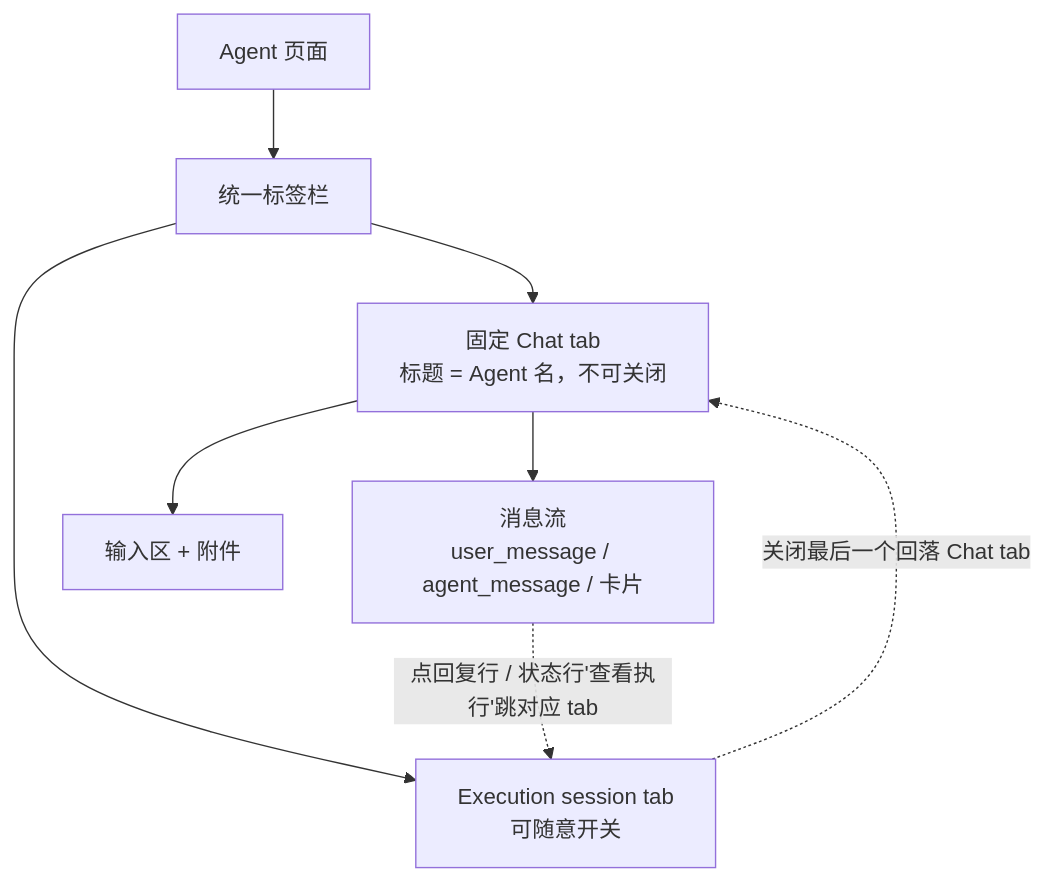
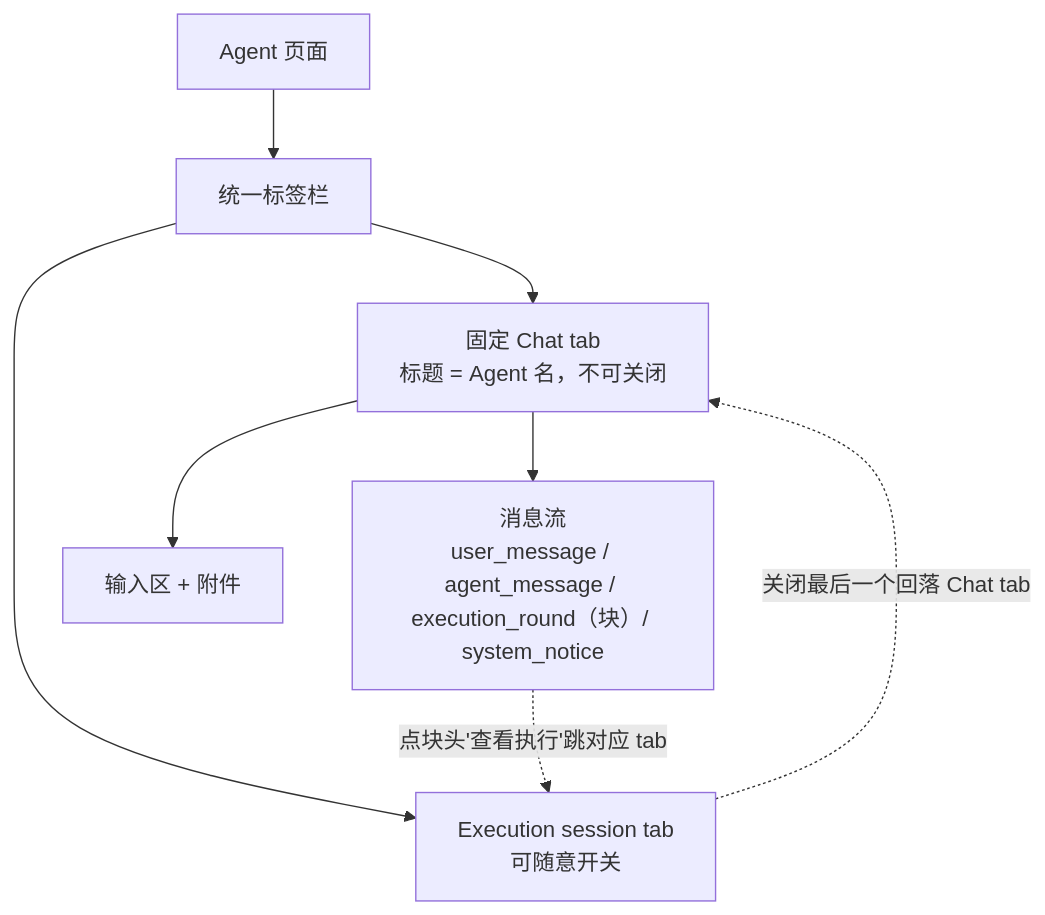
The tenth of 10 diagrams in docs/design/zh/27-intent-messaging-and-group-chat.md (acowork/acowork), drawn with Mermaid before and after one commit. The commit also changed other lines of this file and 3 other files, not shown here.

````diff
--- a/docs/design/zh/27-intent-messaging-and-group-chat.md
+++ b/docs/design/zh/27-intent-messaging-and-group-chat.md
@@ -925,10 +928,10 @@
 ```mermaid
 graph TB
     AP["Agent 页面"] --> BAR["统一标签栏"]
     BAR --> CT["固定 Chat tab<br/>标题 = Agent 名，不可关闭"]
     BAR --> ET["Execution session tab<br/>可随意开关"]
-    CT --> MSG["消息流<br/>user_message / agent_message / 卡片"]
+    CT --> MSG["消息流<br/>user_message / agent_message / execution_round（块）/ system_notice"]
     CT --> INPUT["输入区 + 附件"]
-    MSG -.->|"点回复行 / 状态行'查看执行'跳对应 tab"| ET
+    MSG -.->|"点块头'查看执行'跳对应 tab"| ET
     ET -.->|"关闭最后一个回落 Chat tab"| CT
 ```
````
